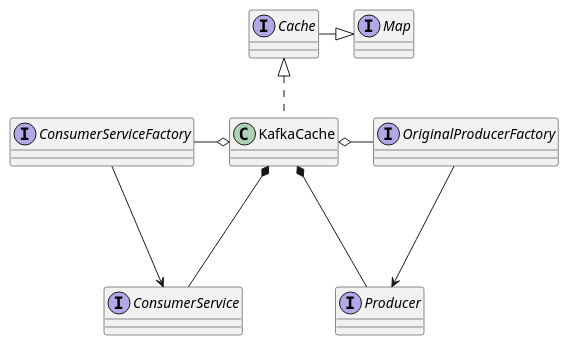
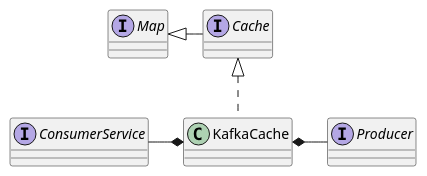
One commit to Rubik0000/kafka-framework-demo changed the diagram in diagrams/classes/cacheDiagram.puml. Above: the diagram before and after it, drawn with PlantUML. The commit also changed 14 other files, not shown here.

```diff
--- a/diagrams/classes/cacheDiagram.puml
+++ b/diagrams/classes/cacheDiagram.puml
@@ -1,23 +1,18 @@
 @startuml
 
 skinparam shadowing false
 
 interface Map
 interface Cache
-interface ConsumerServiceFactory
-interface OriginalProducerFactory
+
 interface ConsumerService
 interface Producer
 
-Map <|--left- Cache
+Map <|--right- Cache
 Cache <|.. KafkaCache
-KafkaCache o--left- ConsumerServiceFactory
-KafkaCache o--right- OriginalProducerFactory
 
-ConsumerServiceFactory -down--> ConsumerService
-OriginalProducerFactory -down--> Producer
 
-KafkaCache *--down- ConsumerService
-KafkaCache *--down- Producer
+KafkaCache *--left- ConsumerService
+KafkaCache *--right- Producer
 
 @enduml
```
